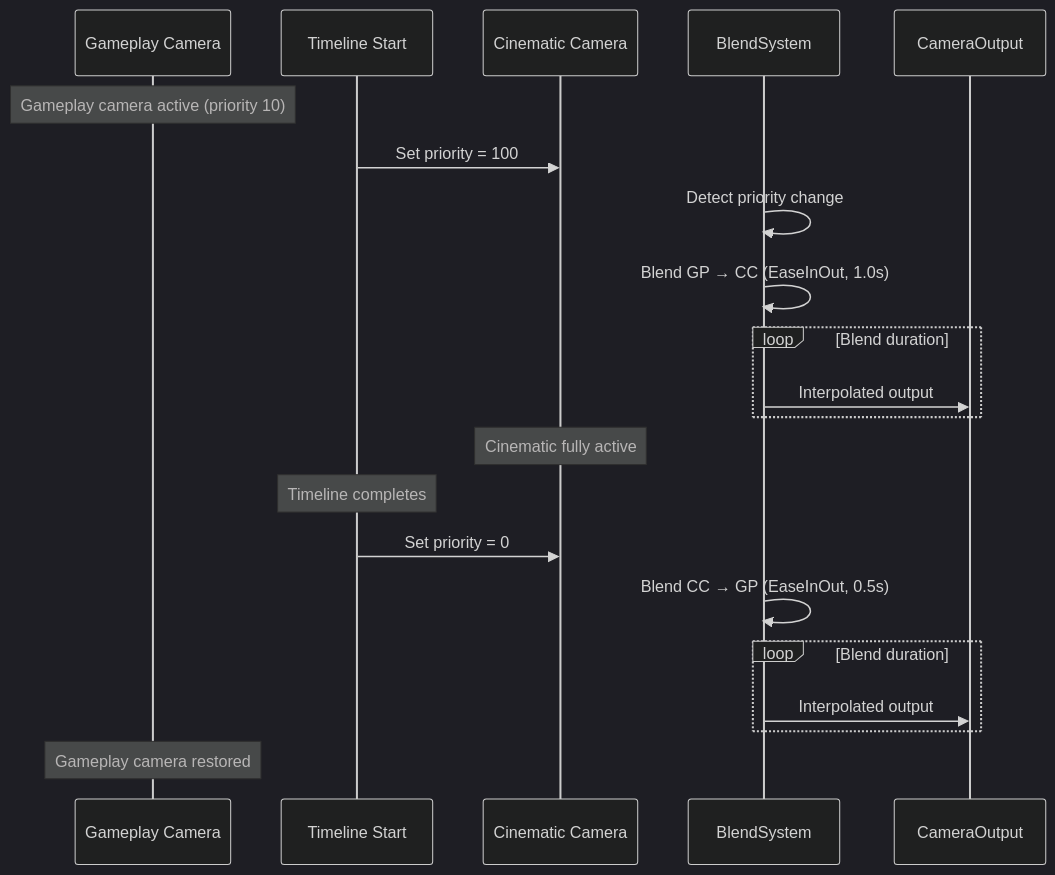
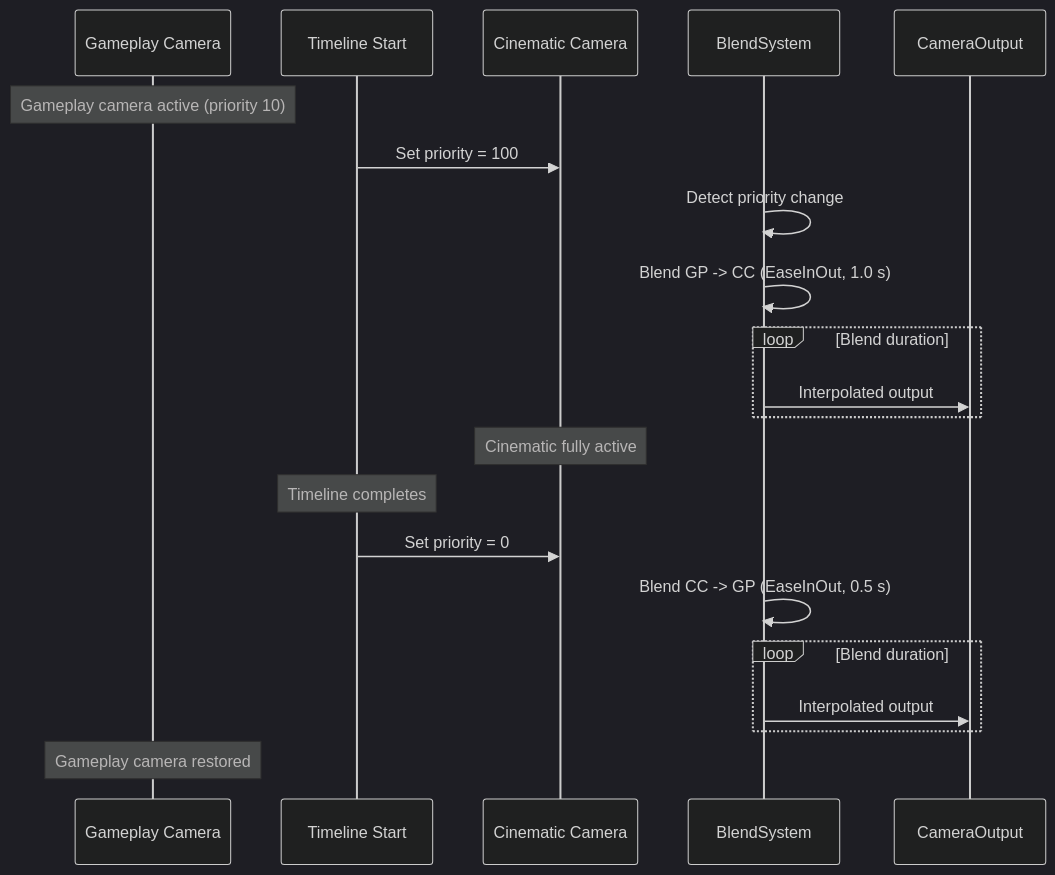
Before and after one commit to harmonius-dev/harmonius: the second of 3 diagrams in docs/design/integration/timelines-camera.md, drawn with Mermaid (dark theme). The commit also changed other lines of this file and 109 other files, not shown here.

````diff
--- a/docs/design/integration/timelines-camera.md
+++ b/docs/design/integration/timelines-camera.md
@@ -113,25 +241,25 @@
 ```mermaid
 sequenceDiagram
     participant GP as Gameplay Camera
     participant TL as Timeline Start
     participant CC as Cinematic Camera
     participant BS as BlendSystem
     participant OUT as CameraOutput
 
     Note over GP: Gameplay camera active (priority 10)
     TL->>CC: Set priority = 100
     BS->>BS: Detect priority change
-    BS->>BS: Blend GP → CC (EaseInOut, 1.0s)
+    BS->>BS: Blend GP -> CC (EaseInOut, 1.0 s)
     loop Blend duration
         BS->>OUT: Interpolated output
     end
     Note over CC: Cinematic fully active
 
     Note over TL: Timeline completes
     TL->>CC: Set priority = 0
-    BS->>BS: Blend CC → GP (EaseInOut, 0.5s)
+    BS->>BS: Blend CC -> GP (EaseInOut, 0.5 s)
     loop Blend duration
         BS->>OUT: Interpolated output
     end
     Note over GP: Gameplay camera restored
 ```
````
